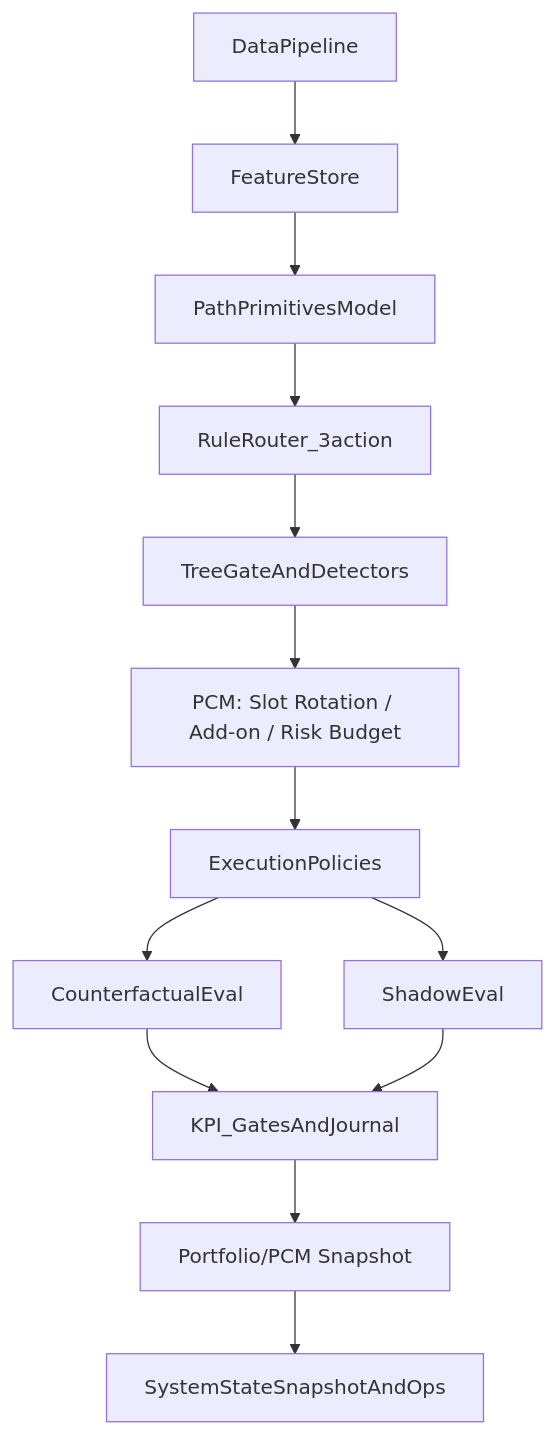
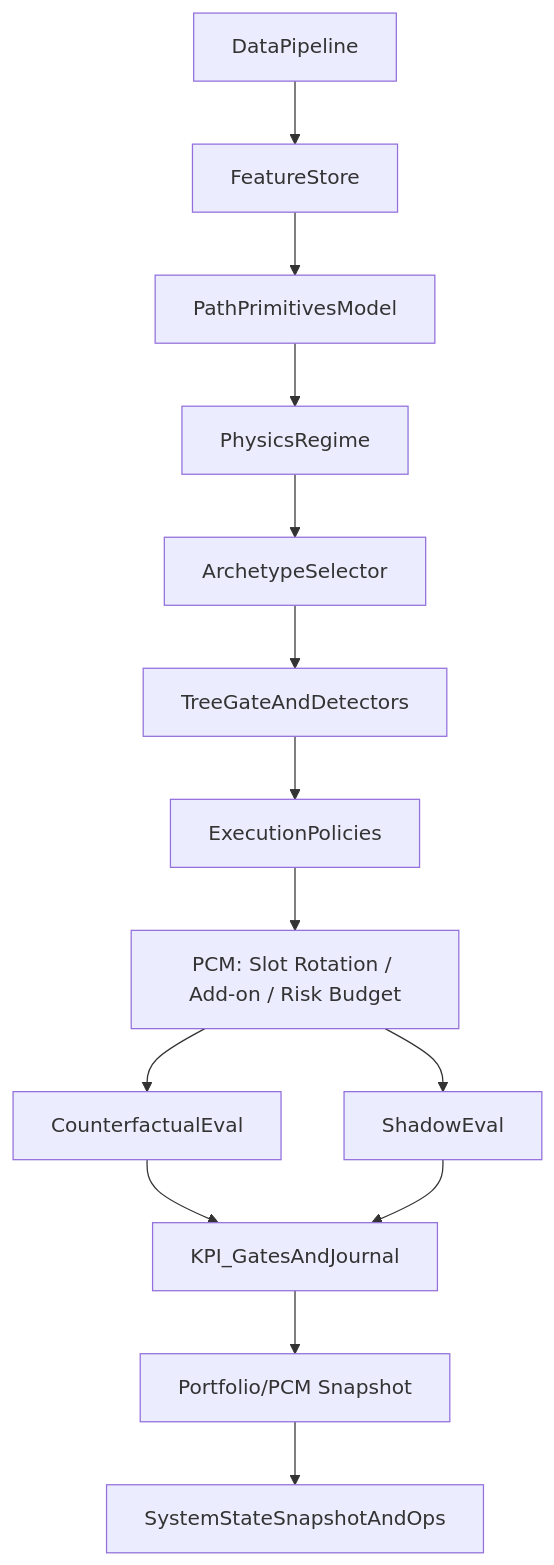
Before and after one commit to SnYang096/ml-trading-bot: the second of 3 diagrams in docs/ARCHITECTURE.md, drawn with Mermaid. The commit also changed other lines of this file and 23 other files, not shown here.

````diff
--- a/docs/ARCHITECTURE.md
+++ b/docs/ARCHITECTURE.md
@@ -253,15 +267,16 @@
 ```mermaid
 flowchart TD
   Data[DataPipeline] --> FS[FeatureStore]
   FS --> Model[PathPrimitivesModel]
-  Model --> Router[RuleRouter_3action]
-  Router --> Gate[TreeGateAndDetectors]
-  Gate --> PCM[PCM: Slot Rotation / Add-on / Risk Budget]
-  PCM --> Exec[ExecutionPolicies]
-  Exec --> CF[CounterfactualEval]
-  Exec --> Shadow[ShadowEval]
+  Model --> Regime[PhysicsRegime]
+  Regime --> Archetype[ArchetypeSelector]
+  Archetype --> Gate[TreeGateAndDetectors]
+  Gate --> Exec[ExecutionPolicies]
+  Exec --> PCM[PCM: Slot Rotation / Add-on / Risk Budget]
+  PCM --> CF[CounterfactualEval]
+  PCM --> Shadow[ShadowEval]
   CF --> KPI[KPI_GatesAndJournal]
   Shadow --> KPI
   KPI --> PCM2[Portfolio/PCM Snapshot]
   PCM2 --> Ops[SystemStateSnapshotAndOps]
 ```
````
